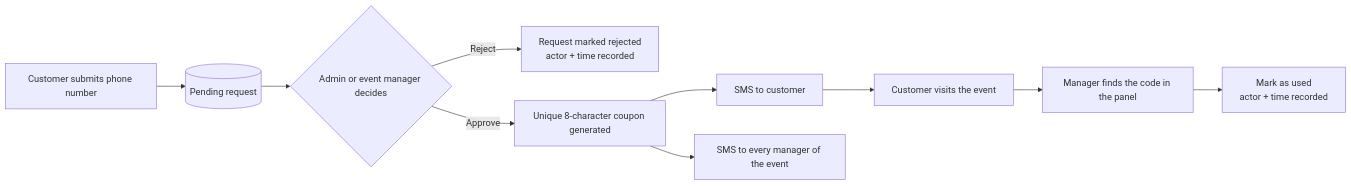
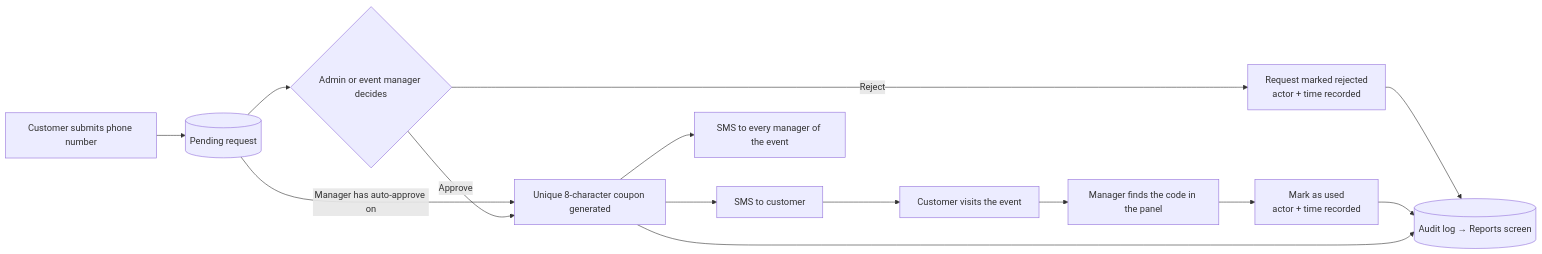
Before and after one commit to Nifa-codes/custom-coupon-request-manager: the diagram in README.md, drawn with Mermaid. The commit also changed other lines of this file, not shown here.

````diff
--- a/README.md
+++ b/README.md
@@ -83,12 +94,16 @@
 ```mermaid
 flowchart LR
     A[Customer submits phone number] --> B[(Pending request)]
+    B -- Manager has auto-approve on --> E
     B --> C{Admin or event manager decides}
     C -- Reject --> D[Request marked rejected<br/>actor + time recorded]
     C -- Approve --> E[Unique 8-character coupon generated]
     E --> F[SMS to customer]
     E --> G[SMS to every manager of the event]
     F --> H[Customer visits the event]
     H --> I[Manager finds the code in the panel]
     I --> J[Mark as used<br/>actor + time recorded]
+    D --> R[(Audit log → Reports screen)]
+    J --> R
+    E --> R
 ```
````
